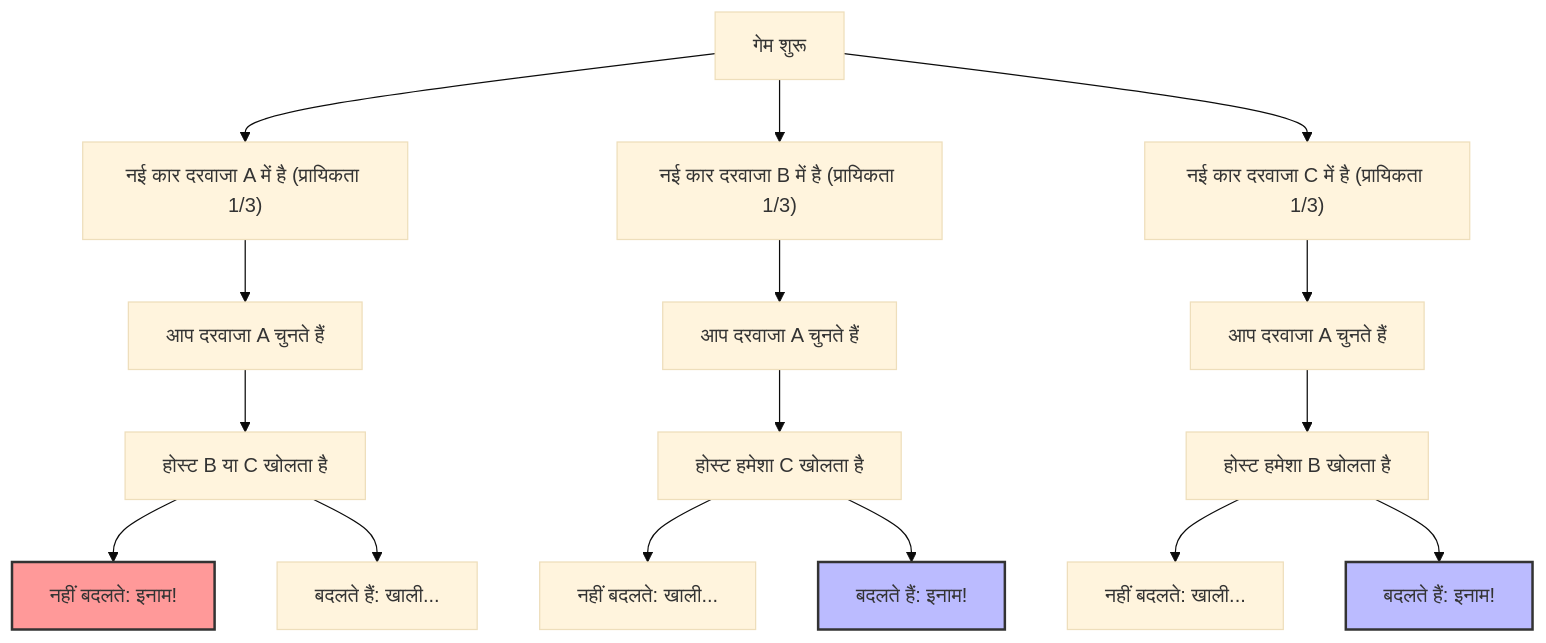
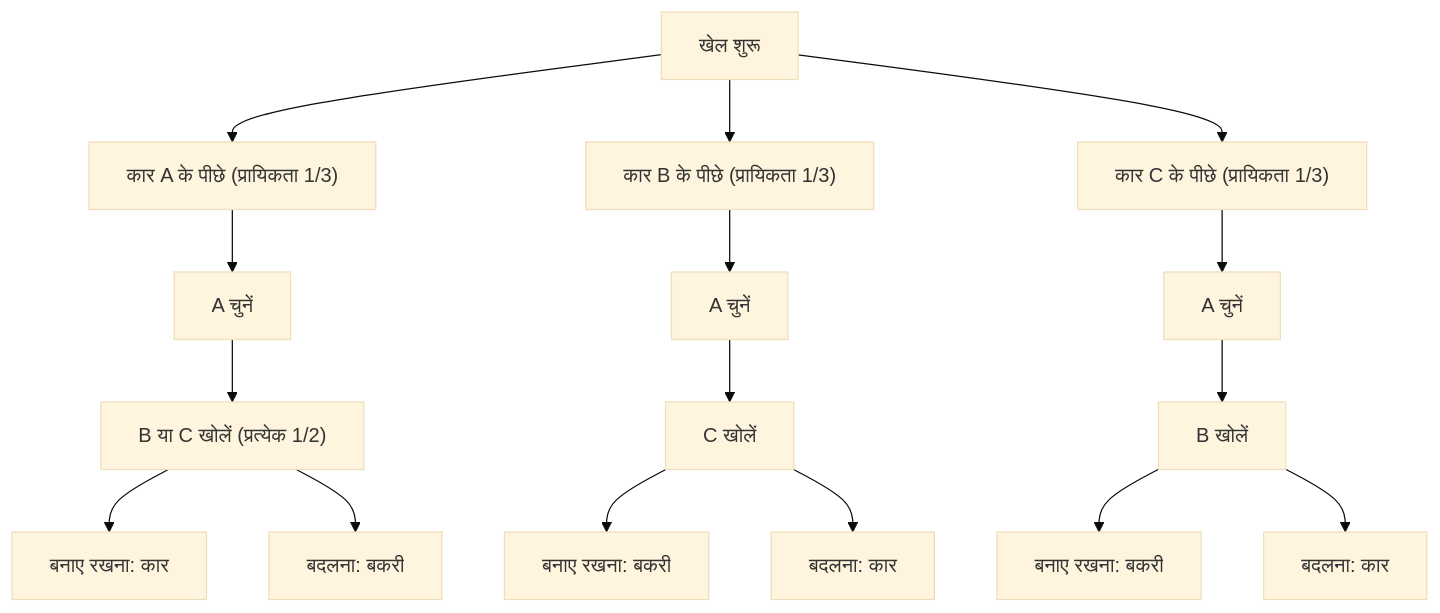
One commit to kenjinote/blog changed the first of 2 diagrams in content/post/モンティ・ホール問題/index.hi.md. Above: the diagram before and after it, drawn with Mermaid (base theme). The commit also changed other lines of this file and 10 other files, not shown here.

````diff
--- a/content/post/モンティ・ホール問題/index.hi.md
+++ b/content/post/モンティ・ホール問題/index.hi.md
@@ -44,27 +52,18 @@
 ```mermaid
 graph TD
-    Start["गेम शुरू"] --> CarA["नई कार दरवाजा A में है (प्रायिकता 1/3)"]
-    Start --> CarB["नई कार दरवाजा B में है (प्रायिकता 1/3)"]
-    Start --> CarC["नई कार दरवाजा C में है (प्रायिकता 1/3)"]
-
-    CarA --> PickA1["आप दरवाजा A चुनते हैं"]
-    CarB --> PickA2["आप दरवाजा A चुनते हैं"]
-    CarC --> PickA3["आप दरवाजा A चुनते हैं"]
-
-    PickA1 --> HostB_or_C["होस्ट B या C खोलता है"]
-    PickA2 --> HostC["होस्ट हमेशा C खोलता है"]
-    PickA3 --> HostB["होस्ट हमेशा B खोलता है"]
-
-    HostB_or_C --> Stay1["नहीं बदलते: इनाम!"]
-    HostB_or_C --> Switch1["बदलते हैं: खाली..."]
-
-    HostC --> Stay2["नहीं बदलते: खाली..."]
-    HostC --> Switch2["बदलते हैं: इनाम!"]
-
-    HostB --> Stay3["नहीं बदलते: खाली..."]
-    HostB --> Switch3["बदलते हैं: इनाम!"]
-
-    style Switch2 fill:#bbf,stroke:#333,stroke-width:2px
-    style Switch3 fill:#bbf,stroke:#333,stroke-width:2px
-    style Stay1 fill:#f99,stroke:#333,stroke-width:2px
+    Start["खेल शुरू"] --> CarA["कार A के पीछे (प्रायिकता 1/3)"]
+    Start --> CarB["कार B के पीछे (प्रायिकता 1/3)"]
+    Start --> CarC["कार C के पीछे (प्रायिकता 1/3)"]
+    CarA --> PickA1["A चुनें"]
+    CarB --> PickA2["A चुनें"]
+    CarC --> PickA3["A चुनें"]
+    PickA1 --> HostB_or_C["B या C खोलें (प्रत्येक 1/2)"]
+    PickA2 --> HostC["C खोलें"]
+    PickA3 --> HostB["B खोलें"]
+    HostB_or_C --> Stay1["बनाए रखना: कार"]
+    HostB_or_C --> Switch1["बदलना: बकरी"]
+    HostC --> Stay2["बनाए रखना: बकरी"]
+    HostC --> Switch2["बदलना: कार"]
+    HostB --> Stay3["बनाए रखना: बकरी"]
+    HostB --> Switch3["बदलना: कार"]
 ```
````
